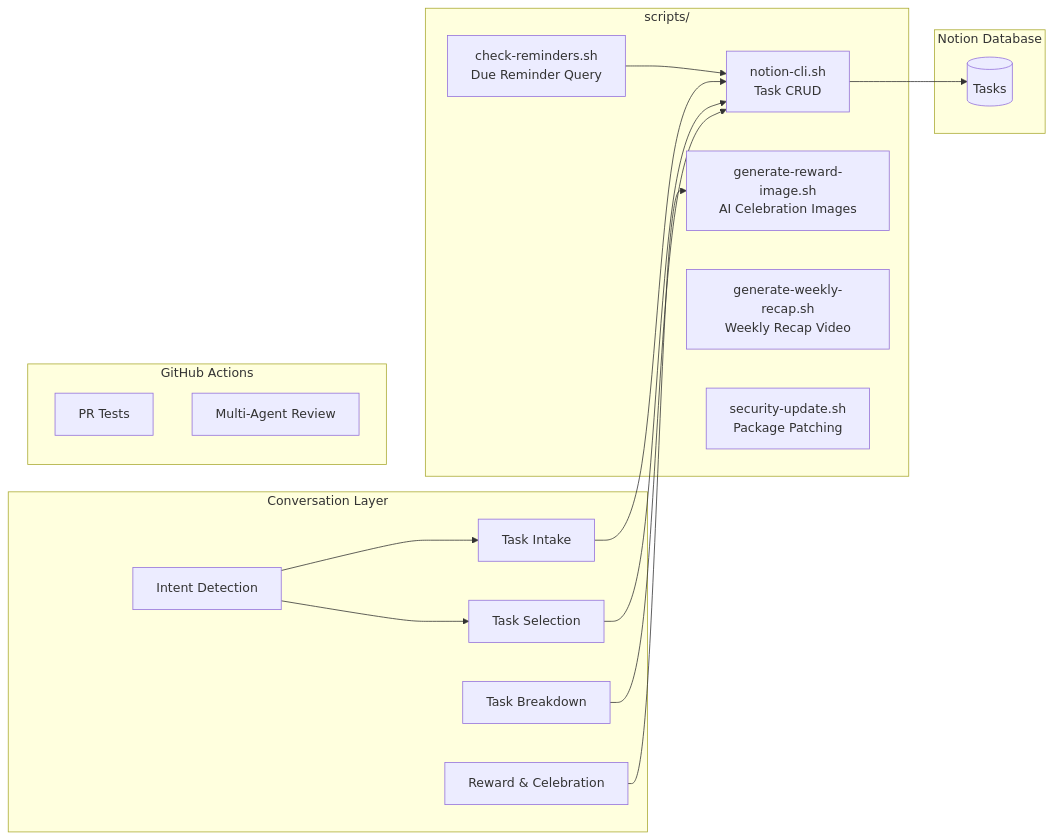
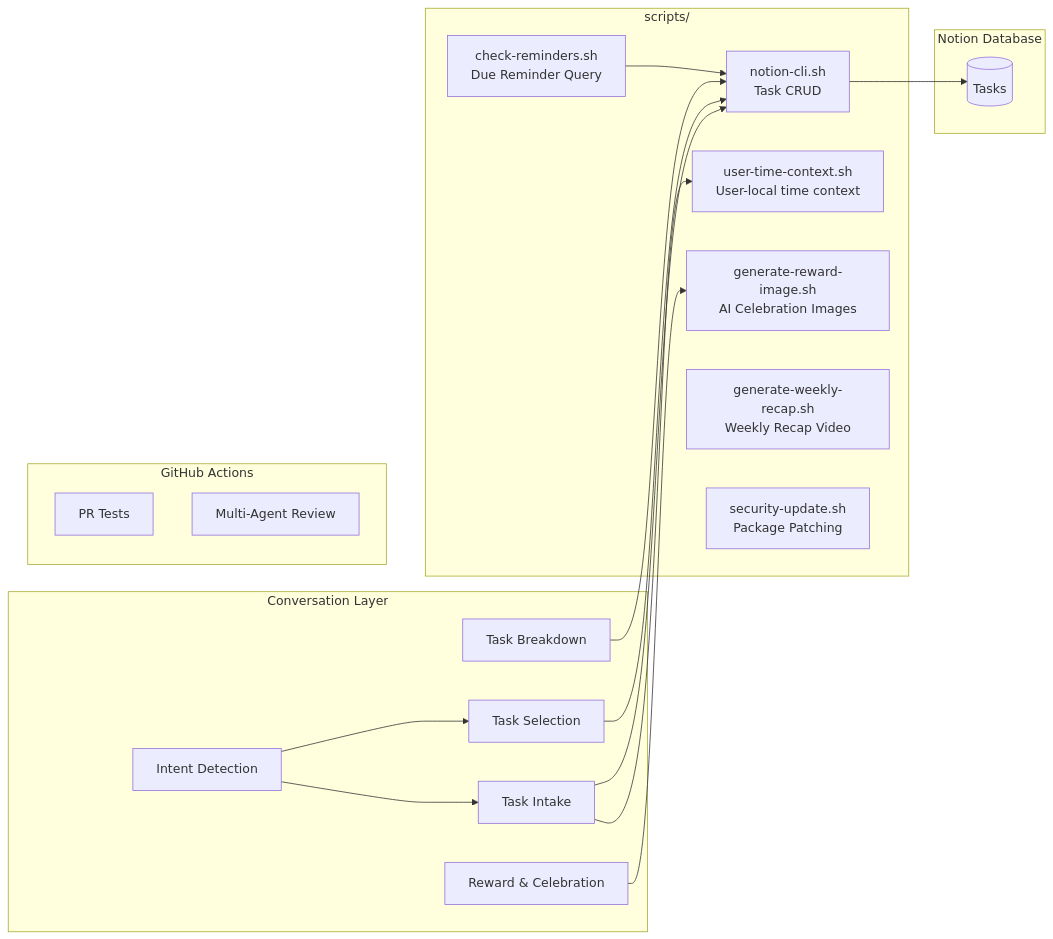
The second of 6 diagrams in docs/architecture.md (NickBorgersProbably/hide-my-list), drawn with Mermaid before and after one commit. The commit also changed other lines of this file and 6 other files, not shown here.

````diff
--- a/docs/architecture.md
+++ b/docs/architecture.md
@@ -67,36 +67,38 @@
 ```mermaid
 flowchart LR
     subgraph Prompts["Conversation Layer"]
         Intent[Intent Detection]
         Intake[Task Intake]
         Selection[Task Selection]
         Breakdown[Task Breakdown]
         Reward[Reward & Celebration]
     end
 
     subgraph Scripts["scripts/"]
         NotionCLI[notion-cli.sh<br/>Task CRUD]
+        UserTime[user-time-context.sh<br/>User-local time context]
         RewardImg[generate-reward-image.sh<br/>AI Celebration Images]
         RecapVid[generate-weekly-recap.sh<br/>Weekly Recap Video]
         ReminderCheck[check-reminders.sh<br/>Due Reminder Query]
         SecUpdate[security-update.sh<br/>Package Patching]
     end
 
     subgraph Storage["Notion Database"]
         Tasks[(Tasks)]
     end
 
     subgraph CI["GitHub Actions"]
         PRTests[PR Tests]
         Review[Multi-Agent Review]
     end
 
     Intent --> Intake
     Intent --> Selection
     Intake --> NotionCLI
     Selection --> NotionCLI
     NotionCLI --> Tasks
     Breakdown --> NotionCLI
     Reward --> RewardImg
+    Intake --> UserTime
     ReminderCheck --> NotionCLI
 ```
````
